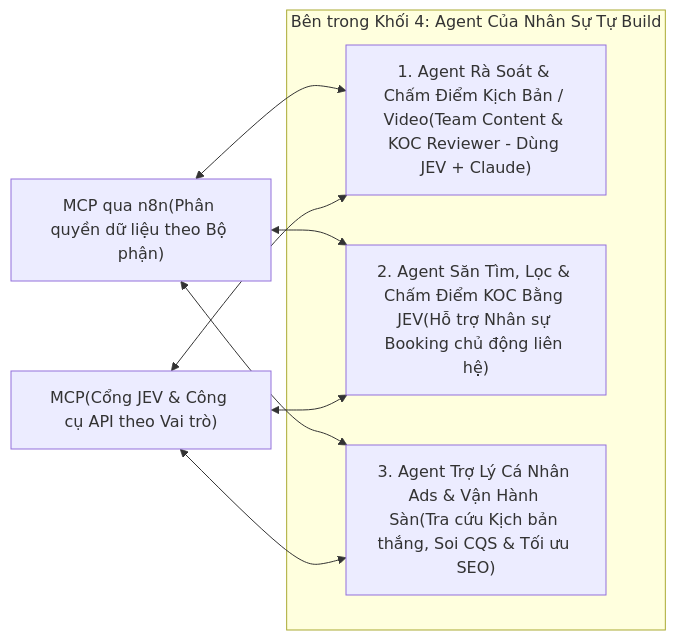
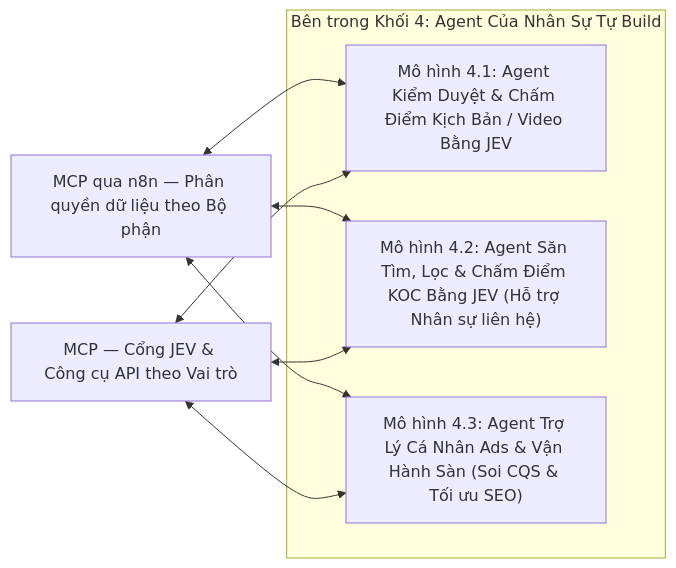
One commit to hattorimkk/api-docs changed diagram 14 of 17 in SYSTEM_ARCHITECTURE.md. Above: the diagram before and after it, drawn with Mermaid. The commit also changed other lines of this file, not shown here.

````diff
--- a/SYSTEM_ARCHITECTURE.md
+++ b/SYSTEM_ARCHITECTURE.md
@@ -817,20 +1040,20 @@
 ```mermaid
 flowchart LR
-    MCP_DATA["MCP qua n8n(Phân quyền dữ liệu theo Bộ phận)"]
-    MCP_ACT["MCP(Cổng JEV & Công cụ API theo Vai trò)"]
+    MCP_DATA["MCP qua n8n — Phân quyền dữ liệu theo Bộ phận"]
+    MCP_ACT["MCP — Cổng JEV & Công cụ API theo Vai trò"]
 
     subgraph BOX4_DETAIL["Bên trong Khối 4: Agent Của Nhân Sự Tự Build"]
-        P_REVIEW["1. Agent Rà Soát & Chấm Điểm Kịch Bản / Video(Team Content & KOC Reviewer - Dùng JEV + Claude)"]
-        P_KOC["2. Agent Săn Tìm, Lọc & Chấm Điểm KOC Bằng JEV(Hỗ trợ Nhân sự Booking chủ động liên hệ)"]
-        P_OPS["3. Agent Trợ Lý Cá Nhân Ads & Vận Hành Sàn(Tra cứu Kịch bản thắng, Soi CQS & Tối ưu SEO)"]
+        P_REVIEW["Mô hình 4.1: Agent Kiểm Duyệt & Chấm Điểm Kịch Bản / Video Bằng JEV"]
+        P_KOC["Mô hình 4.2: Agent Săn Tìm, Lọc & Chấm Điểm KOC Bằng JEV (Hỗ trợ Nhân sự liên hệ)"]
+        P_OPS["Mô hình 4.3: Agent Trợ Lý Cá Nhân Ads & Vận Hành Sàn (Soi CQS & Tối ưu SEO)"]
     end
 
     MCP_DATA <--> P_REVIEW
     MCP_ACT <--> P_REVIEW
 
     MCP_DATA <--> P_KOC
     MCP_ACT <--> P_KOC
 
     MCP_DATA <--> P_OPS
     MCP_ACT <--> P_OPS
 ```
````
